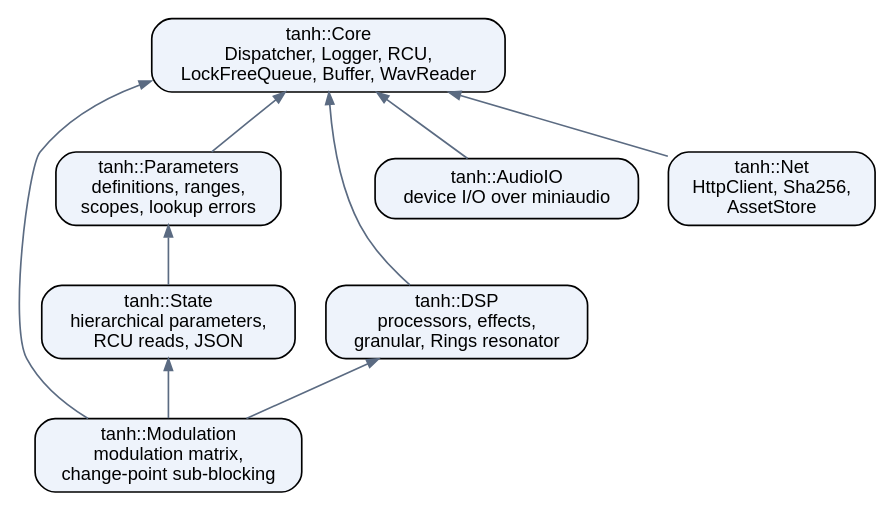
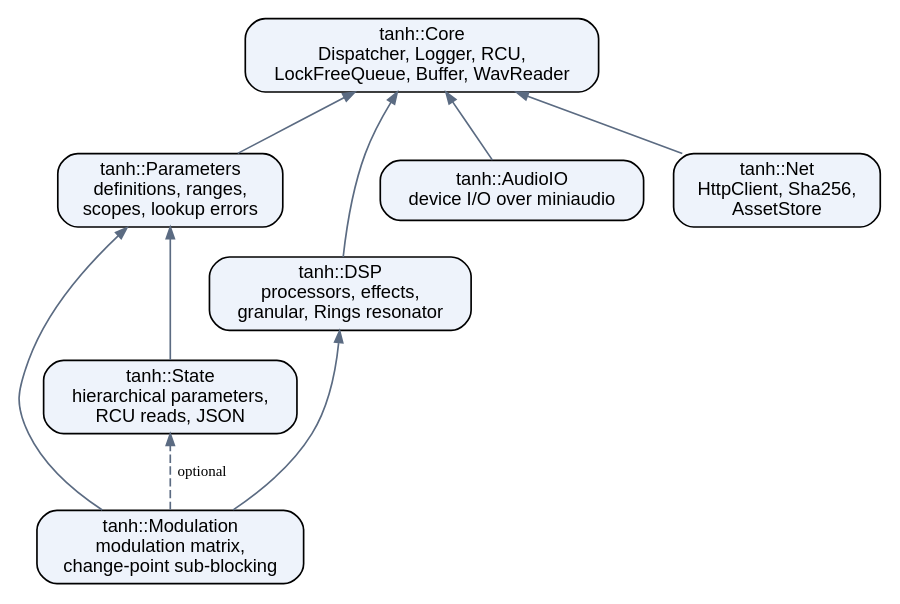
One commit to tanh-lab/tanh-lib changed the diagram in docs/sphinx/components.rst. Above: the diagram before and after it, drawn with Graphviz. The commit also changed other lines of this file and 43 other files, not shown here.

Commit message:
Let the modulation matrix read parameters through a ParameterBackend, so it builds without State, and add routing enable flags, block processors and the host hand-over of a shared target.

```diff
--- a/docs/sphinx/components.rst
+++ b/docs/sphinx/components.rst
@@ -10,25 +10,25 @@
 .. graphviz::
    :align: center
 
    digraph components {
        rankdir = BT;
        node [shape=box, style="rounded,filled", fillcolor="#eef3fb", fontname="Helvetica", fontsize=11];
        edge [color="#5b6b82", arrowsize=0.7];
 
        core       [label="tanh::Core\nDispatcher, Logger, RCU,\nLockFreeQueue, Buffer, WavReader"];
        parameters [label="tanh::Parameters\ndefinitions, ranges,\nscopes, lookup errors"];
        state      [label="tanh::State\nhierarchical parameters,\nRCU reads, JSON"];
        dsp        [label="tanh::DSP\nprocessors, effects,\ngranular, Rings resonator"];
        modulation [label="tanh::Modulation\nmodulation matrix,\nchange-point sub-blocking"];
        audio_io   [label="tanh::AudioIO\ndevice I/O over miniaudio"];
        net        [label="tanh::Net\nHttpClient, Sha256,\nAssetStore"];
 
        parameters -> core;
        state -> parameters;
        dsp -> core;
        audio_io -> core;
        net -> core;
-       modulation -> core;
-       modulation -> state;
+       modulation -> parameters;
+       modulation -> state [style=dashed, label="optional", fontsize=9];
        modulation -> dsp;
    }
```
